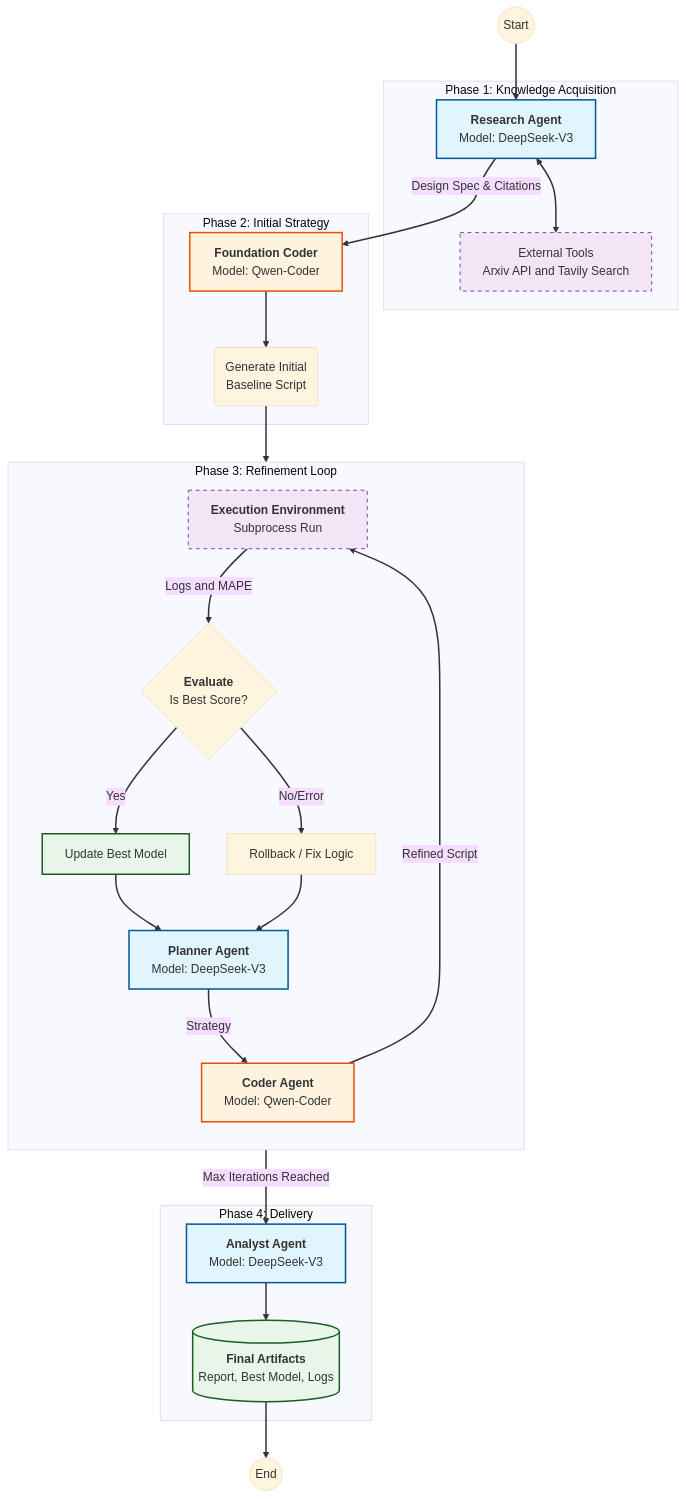
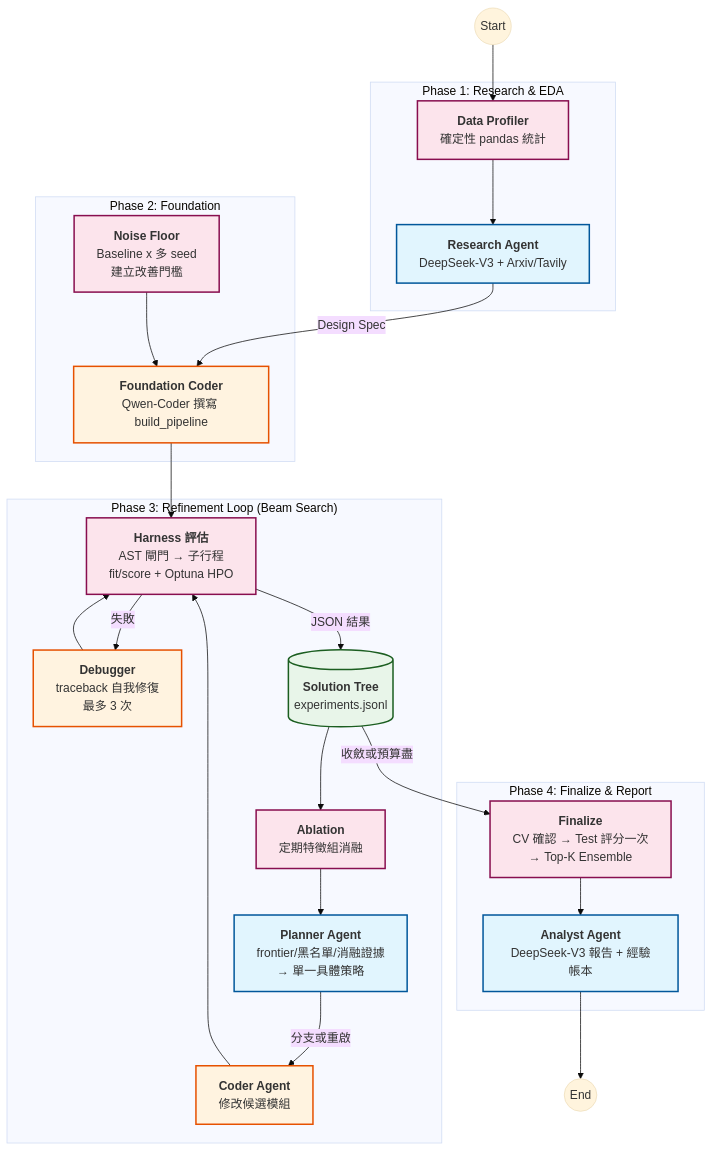
The diagram in README.md (Mattis3858/MLE_star_agent), drawn with Mermaid before and after one commit. The commit also changed other lines of this file, not shown here.

First line of the commit message:
Rewrite README for v2 architecture

````diff
--- a/README.md
+++ b/README.md
@@ -32,55 +35,47 @@
 ```mermaid
-%%{init: {'theme': 'base', 'themeVariables': { 'fontSize': '16px', 'fontFamily': 'arial', 'darkMode': false }}}%%
+%%{init: {'theme': 'base', 'themeVariables': { 'fontSize': '16px', 'fontFamily': 'arial' }}}%%
 graph TD
     classDef reasoner fill:#e1f5fe,stroke:#01579b,stroke-width:2px;
     classDef coder fill:#fff3e0,stroke:#e65100,stroke-width:2px;
-    classDef process fill:#f3e5f5,stroke:#4a148c,stroke-width:1px,stroke-dasharray: 5 5;
+    classDef harness fill:#fce4ec,stroke:#880e4f,stroke-width:2px;
     classDef storage fill:#e8f5e9,stroke:#1b5e20,stroke-width:2px;
 
-    Start((Start)) --> Research
+    Start((Start)) --> Profile
 
-    subgraph "Phase 1: Knowledge Acquisition"
-        Research[<b>Research Agent</b><br/>Model: DeepSeek-V3]:::reasoner
-        Tools[External Tools<br/>Arxiv API and Tavily Search]:::process
-        Research <--> Tools
+    subgraph "Phase 1: Research & EDA"
+        Profile[<b>Data Profiler</b><br/>確定性 pandas 統計]:::harness
+        Research[<b>Research Agent</b><br/>DeepSeek-V3 + Arxiv/Tavily]:::reasoner
+        Profile --> Research
     end
 
-    Research -->|Design Spec & Citations| Foundation
+    Research -->|Design Spec| Foundation
 
-    subgraph "Phase 2: Initial Strategy"
-        Foundation[<b>Foundation Coder</b><br/>Model: Qwen-Coder]:::coder
-        BaseCode(Generate Initial<br/>Baseline Script)
-        Foundation --> BaseCode
+    subgraph "Phase 2: Foundation"
+        Noise[<b>Noise Floor</b><br/>Baseline x 多 seed<br/>建立改善門檻]:::harness
+        Foundation[<b>Foundation Coder</b><br/>Qwen-Coder 撰寫 build_pipeline]:::coder
+        Noise --> Foundation
     end
 
-    BaseCode --> Execute
+    Foundation --> Evaluate
 
-    subgraph "Phase 3: Refinement Loop"
-        direction TB
-        Execute[<b>Execution Environment</b><br/>Subprocess Run]:::process
-        Execute -->|Logs and MAPE| Evaluator{<b>Evaluate</b><br/>Is Best Score?}
-        
-        Evaluator -- Yes --> UpdateBest[Update Best Model]:::storage
-        Evaluator -- No/Error --> Recovery[Rollback / Fix Logic]
-        
-        UpdateBest & Recovery --> Planner
-        
-        Planner[<b>Planner Agent</b><br/>Model: DeepSeek-V3]:::reasoner
-        Planner -->|Strategy| Coder
-        
-        Coder[<b>Coder Agent</b><br/>Model: Qwen-Coder]:::coder
-        Coder -->|Refined Script| Execute
+    subgraph "Phase 3: Refinement Loop (Beam Search)"
+        Evaluate[<b>Harness 評估</b><br/>AST 閘門 → 子行程<br/>fit/score + Optuna HPO]:::harness
+        Evaluate -->|失敗| Debugger[<b>Debugger</b><br/>traceback 自我修復<br/>最多 3 次]:::coder
+        Debugger --> Evaluate
+        Evaluate -->|JSON 結果| Tree[(<b>Solution Tree</b><br/>experiments.jsonl)]:::storage
+        Tree --> Ablation[<b>Ablation</b><br/>定期特徵組消融]:::harness
+        Ablation --> Planner[<b>Planner Agent</b><br/>frontier/黑名單/消融證據<br/>→ 單一具體策略]:::reasoner
+        Planner -->|分支或重啟| Coder[<b>Coder Agent</b><br/>修改候選模組]:::coder
+        Coder --> Evaluate
     end
 
-    Evaluator -- Max Iterations Reached --> Analyst
+    Tree -->|收斂或預算盡| Finalize
 
-    subgraph "Phase 4: Delivery"
-        Analyst[<b>Analyst Agent</b><br/>Model: DeepSeek-V3]:::reasoner
-        Artifacts[(<b>Final Artifacts</b><br/>Report, Best Model, Logs)]:::storage
-        Analyst --> Artifacts
+    subgraph "Phase 4: Finalize & Report"
+        Finalize[<b>Finalize</b><br/>CV 確認 → Test 評分一次<br/>→ Top-K Ensemble]:::harness
+        Analyst[<b>Analyst Agent</b><br/>DeepSeek-V3 報告 + 經驗帳本]:::reasoner
+        Finalize --> Analyst
     end
 
-    Artifacts --> End((End))
-
-    linkStyle default stroke:#333,stroke-width:2px;
+    Analyst --> End((End))
 ```
````
